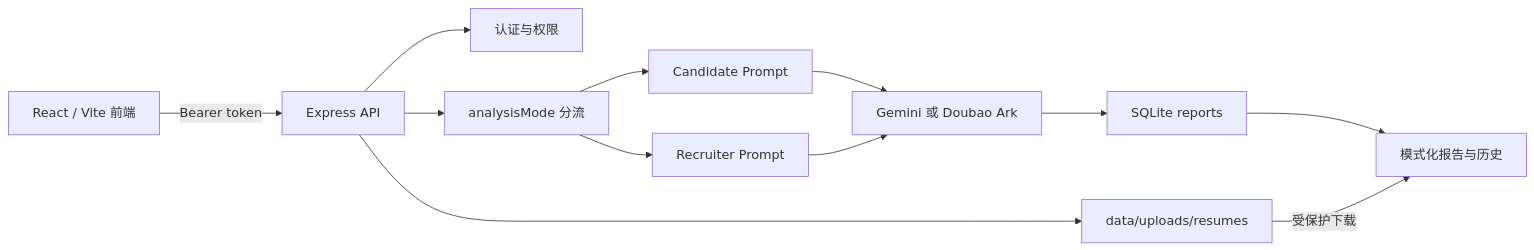
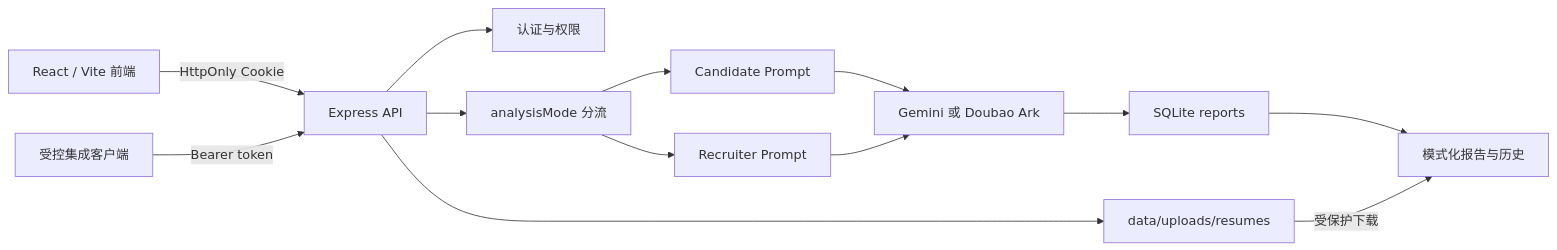
The first of 2 diagrams in docs/architecture.md (Manji-i/bar-raiser-ai), drawn with Mermaid before and after one commit. The commit also changed other lines of this file and 4 other files, not shown here.

````diff
--- a/docs/architecture.md
+++ b/docs/architecture.md
@@ -16,14 +16,15 @@
 ```mermaid
 flowchart LR
-  Browser["React / Vite 前端"] -->|Bearer token| Express["Express API"]
+  Browser["React / Vite 前端"] -->|HttpOnly Cookie| Express["Express API"]
+  Integration["受控集成客户端"] -->|Bearer token| Express
   Express --> Auth["认证与权限"]
   Express --> Router["analysisMode 分流"]
   Router --> CandidatePrompt["Candidate Prompt"]
   Router --> RecruiterPrompt["Recruiter Prompt"]
   CandidatePrompt --> AI["Gemini 或 Doubao Ark"]
   RecruiterPrompt --> AI
   AI --> Reports["SQLite reports"]
   Express --> Attachments["data/uploads/resumes"]
   Reports --> UI["模式化报告与历史"]
   Attachments -->|受保护下载| UI
 ```
````
